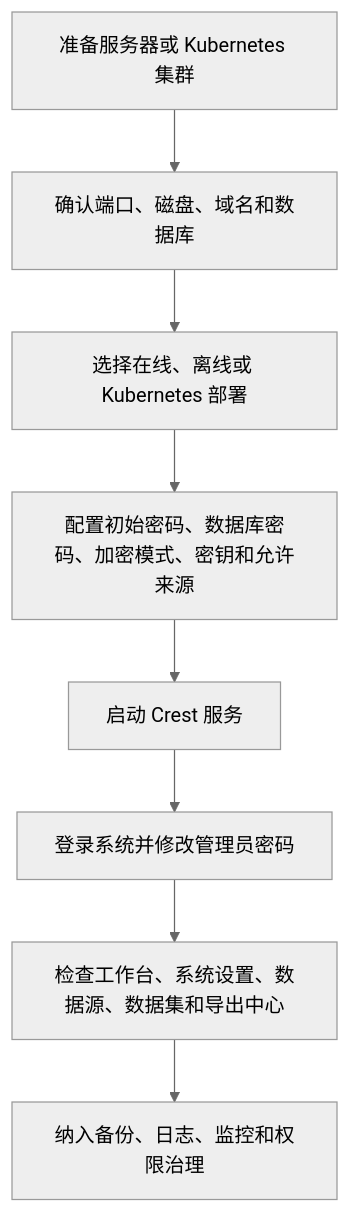
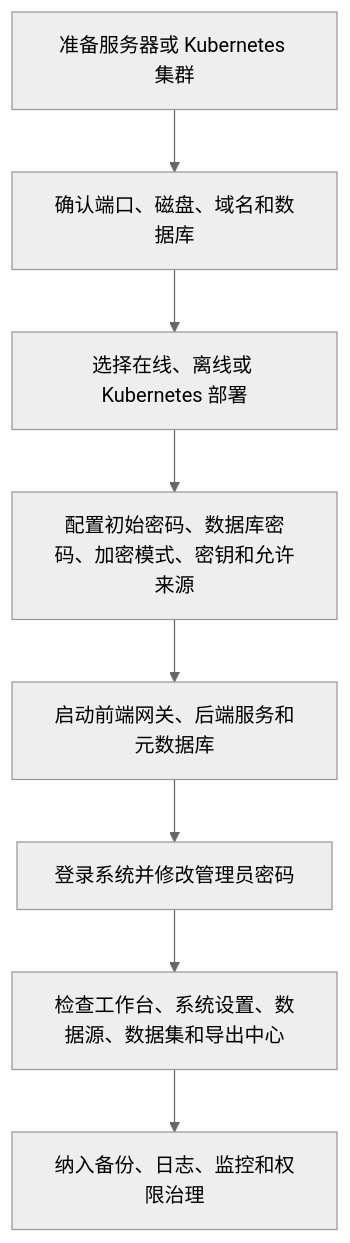
One commit to sevoniva/sevoniva.github.io changed the diagram in content/docs/crest/deployment/index.mdx. Above: the diagram before and after it, drawn with Mermaid (neutral theme). The commit also changed other lines of this file and 15 other files, not shown here.

````diff
--- a/content/docs/crest/deployment/index.mdx
+++ b/content/docs/crest/deployment/index.mdx
@@ -24,10 +24,10 @@
 ```mermaid
 flowchart TB
   A["准备服务器或 Kubernetes 集群"] --> B["确认端口、磁盘、域名和数据库"]
   B --> C["选择在线、离线或 Kubernetes 部署"]
   C --> D["配置初始密码、数据库密码、加密模式、密钥和允许来源"]
-  D --> E["启动 Crest 服务"]
+  D --> E["启动前端网关、后端服务和元数据库"]
   E --> F["登录系统并修改管理员密码"]
   F --> G["检查工作台、系统设置、数据源、数据集和导出中心"]
   G --> H["纳入备份、日志、监控和权限治理"]
 ```
````
